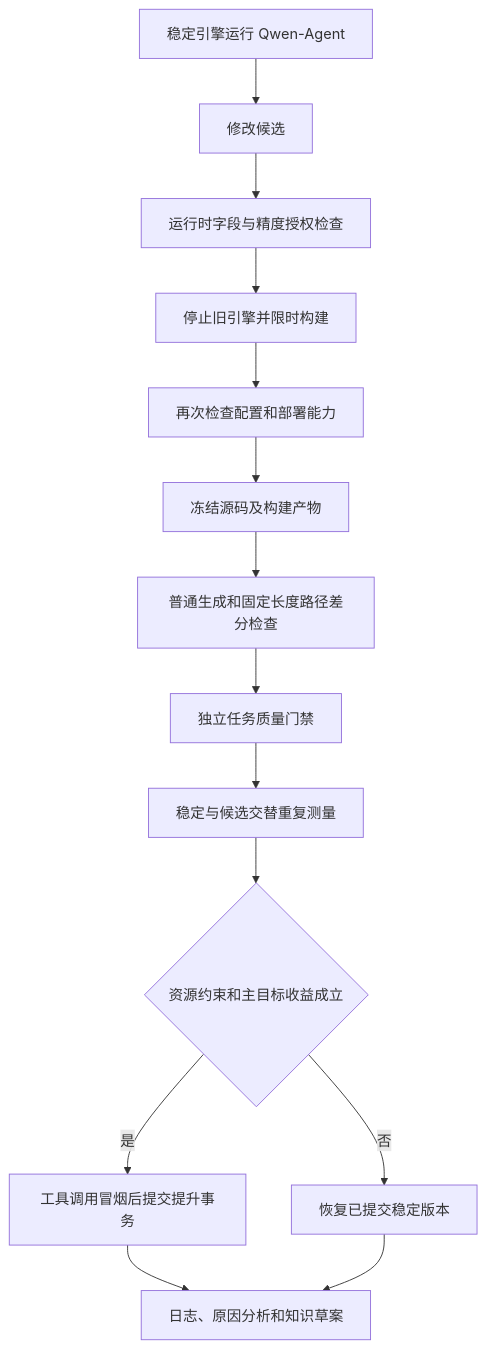
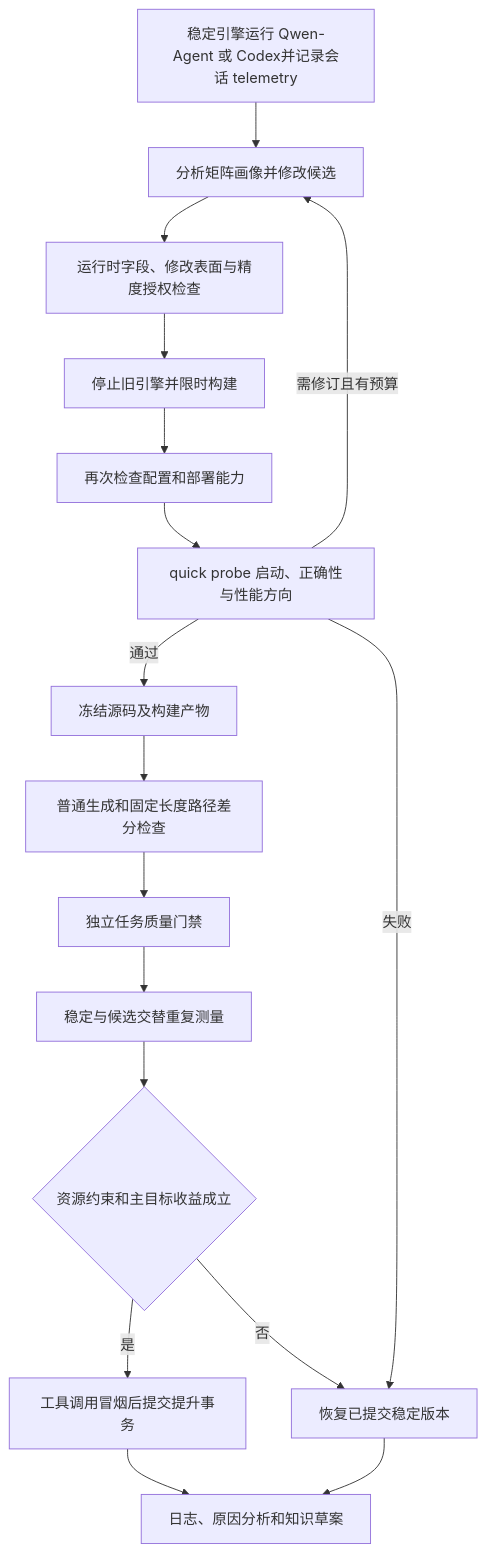
The diagram in docs/09-diverse-engine-system.md (Moonandstar051028/VibeForge), drawn with Mermaid before and after one commit. The commit also changed other lines of this file and 153 other files, not shown here.

````diff
--- a/docs/09-diverse-engine-system.md
+++ b/docs/09-diverse-engine-system.md
@@ -121,16 +121,19 @@
 ```mermaid
 flowchart TD
-    A[稳定引擎运行 Qwen-Agent] --> B[修改候选]
-    B --> C[运行时字段与精度授权检查]
+    A[稳定引擎运行 Qwen-Agent 或 Codex并记录会话 telemetry] --> B[分析矩阵画像并修改候选]
+    B --> C[运行时字段、修改表面与精度授权检查]
     C --> D[停止旧引擎并限时构建]
     D --> E[再次检查配置和部署能力]
-    E --> F[冻结源码及构建产物]
+    E --> P[quick probe 启动、正确性与性能方向]
+    P -->|需修订且有预算| B
+    P -->|通过| F[冻结源码及构建产物]
+    P -->|失败| L[恢复已提交稳定版本]
     F --> G[普通生成和固定长度路径差分检查]
     G --> H[独立任务质量门禁]
     H --> I[稳定与候选交替重复测量]
     I --> J{资源约束和主目标收益成立}
     J -->|是| K[工具调用冒烟后提交提升事务]
     J -->|否| L[恢复已提交稳定版本]
     K --> M[日志、原因分析和知识草案]
     L --> M
 ```
````
